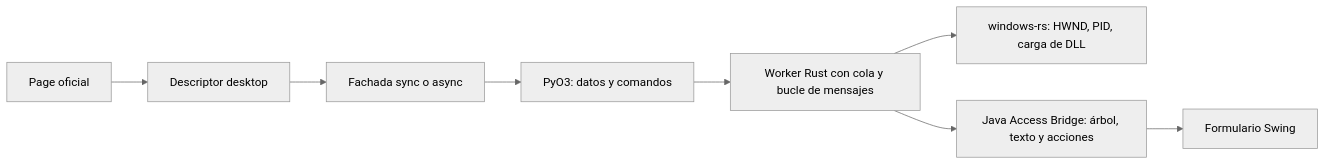
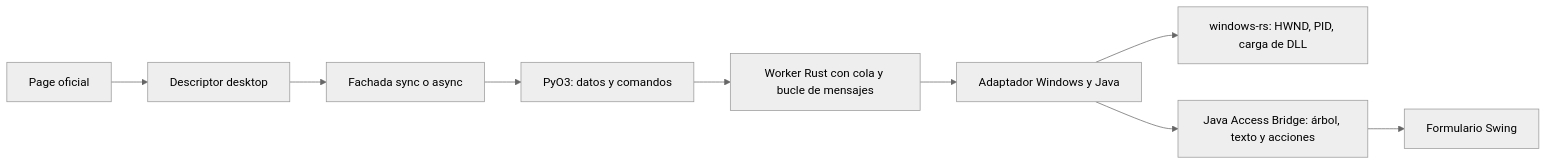
One commit to necmc/playwright-desktop changed the diagram in docs/superpowers/specs/2026-11-17-libreria-python-rust-design.md. Above: the diagram before and after it, drawn with Mermaid (neutral theme). The commit also changed other lines of this file and 10 other files, not shown here.

````diff
--- a/docs/superpowers/specs/2026-11-17-libreria-python-rust-design.md
+++ b/docs/superpowers/specs/2026-11-17-libreria-python-rust-design.md
@@ -213,10 +230,11 @@
 ```mermaid
 flowchart LR
     P[Page oficial] --> D[Descriptor desktop]
     D --> S[Fachada sync o async]
     S --> B[PyO3: datos y comandos]
     B --> W[Worker Rust con cola y bucle de mensajes]
-    W --> N[windows-rs: HWND, PID, carga de DLL]
-    W --> J[Java Access Bridge: árbol, texto y acciones]
+    W --> AD[Adaptador Windows y Java]
+    AD --> N[windows-rs: HWND, PID, carga de DLL]
+    AD --> J[Java Access Bridge: árbol, texto y acciones]
     J --> A[Formulario Swing]
 ```
````
